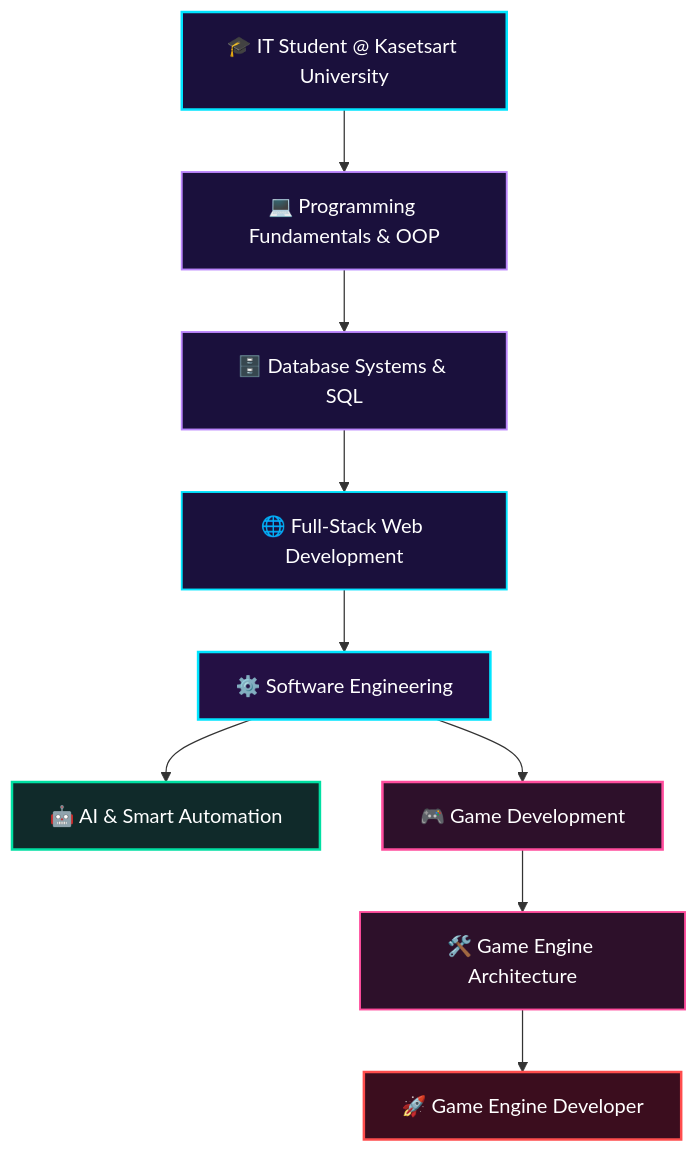
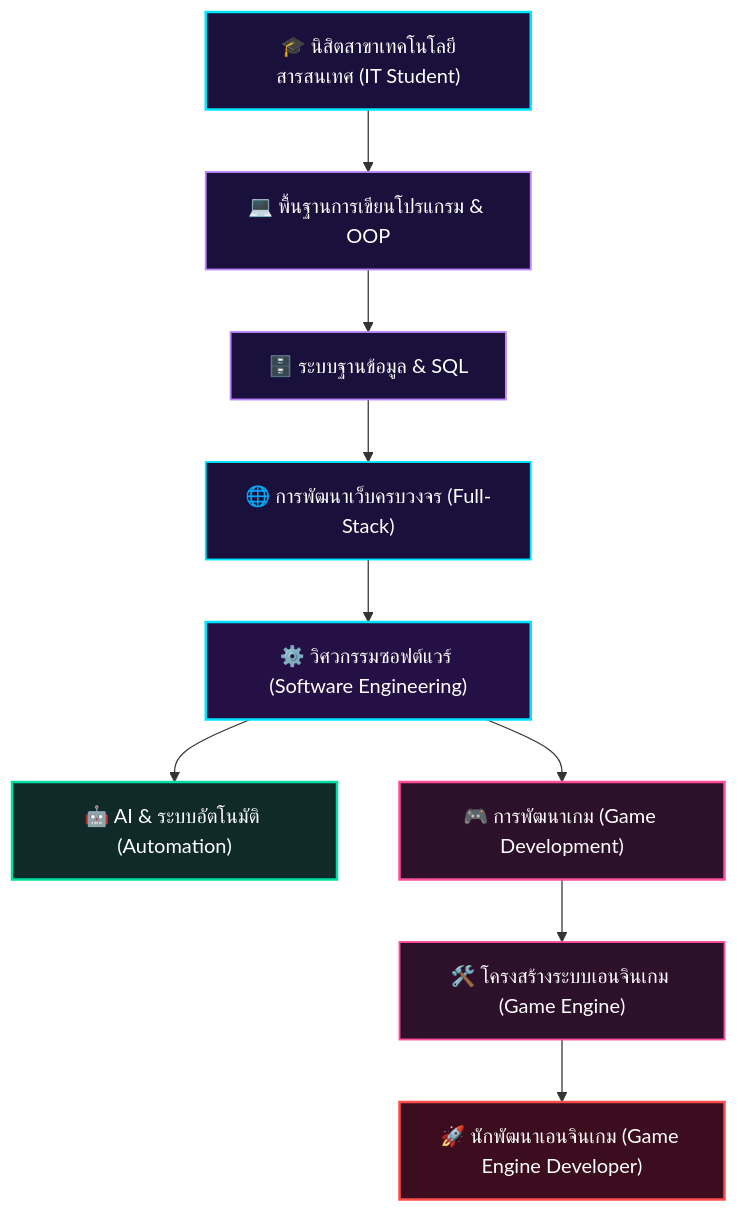
One commit to Nanthawat83/Nanthawat83 changed the diagram in README.md. Above: the diagram before and after it, drawn with Mermaid. The commit also changed other lines of this file, not shown here.

````diff
--- a/README.md
+++ b/README.md
@@ -197,23 +186,23 @@
 ```mermaid
 flowchart TD
-    A["🎓 IT Student @ Kasetsart University"] --> B["💻 Programming Fundamentals & OOP"]
-    B --> C["🗄️ Database Systems & SQL"]
-    C --> D["🌐 Full-Stack Web Development"]
-    D --> E["⚙️ Software Engineering"]
+    A["🎓 นิสิตสาขาเทคโนโลยีสารสนเทศ (IT Student)"] --> B["💻 พื้นฐานการเขียนโปรแกรม & OOP"]
+    B --> C["🗄️ ระบบฐานข้อมูล & SQL"]
+    C --> D["🌐 การพัฒนาเว็บครบวงจร (Full-Stack)"]
+    D --> E["⚙️ วิศวกรรมซอฟต์แวร์ (Software Engineering)"]
     
-    E --> F["🤖 AI & Smart Automation"]
-    E --> G["🎮 Game Development"]
+    E --> F["🤖 AI & ระบบอัตโนมัติ (Automation)"]
+    E --> G["🎮 การพัฒนาเกม (Game Development)"]
     
-    G --> H["🛠️ Game Engine Architecture"]
-    H --> I["🚀 Game Engine Developer"]
+    G --> H["🛠️ โครงสร้างระบบเอนจินเกม (Game Engine)"]
+    H --> I["🚀 นักพัฒนาเอนจินเกม (Game Engine Developer)"]
 
     style A fill:#1a103c,stroke:#00E5FF,stroke-width:2px,color:#fff
     style B fill:#1a103c,stroke:#BB86FC,stroke-width:1.5px,color:#fff
     style C fill:#1a103c,stroke:#BB86FC,stroke-width:1.5px,color:#fff
     style D fill:#1a103c,stroke:#00E5FF,stroke-width:1.5px,color:#fff
     style E fill:#241044,stroke:#00E5FF,stroke-width:2px,color:#fff
     style F fill:#102a2a,stroke:#00DFA2,stroke-width:2px,color:#fff
     style G fill:#2d102a,stroke:#FF4D9D,stroke-width:2px,color:#fff
     style H fill:#2d102a,stroke:#FF4D9D,stroke-width:1.5px,color:#fff
     style I fill:#3b0d1e,stroke:#FF4D4D,stroke-width:2px,color:#fff
 ```
````
